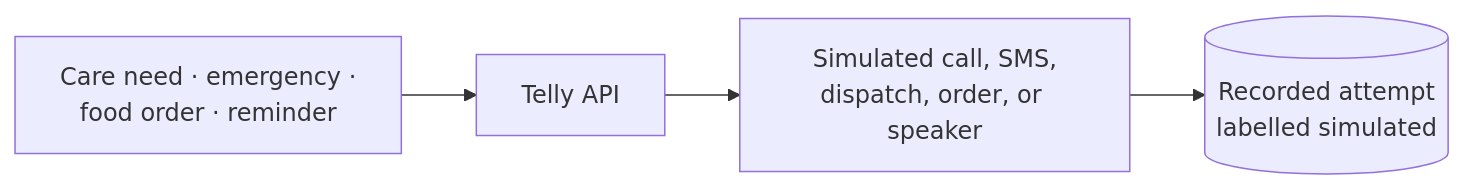
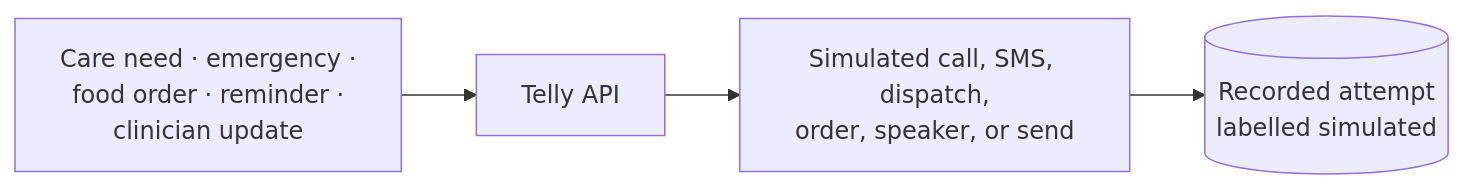
Diagram 14 of 14 in README.md (42nights/telly), drawn with Mermaid before and after one commit. The commit also changed other lines of this file and 2 other files, not shown here.

````diff
--- a/README.md
+++ b/README.md
@@ -392,6 +394,6 @@
 ```mermaid
 flowchart LR
-    need["Care need · emergency ·<br/>food order · reminder"] --> api["Telly API"]
-    api --> sim["Simulated call, SMS,<br/>dispatch, order, or speaker"]
+    need["Care need · emergency ·<br/>food order · reminder ·<br/>clinician update"] --> api["Telly API"]
+    api --> sim["Simulated call, SMS, dispatch,<br/>order, speaker, or send"]
     sim --> log[("Recorded attempt<br/>labelled simulated")]
 ```
````
